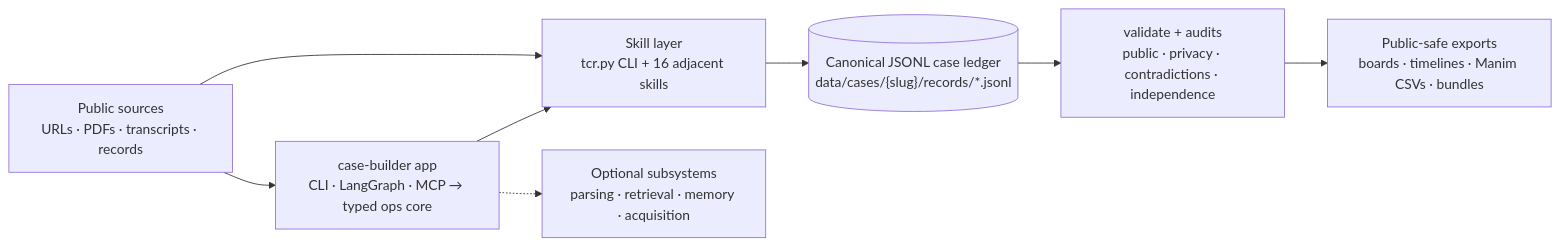
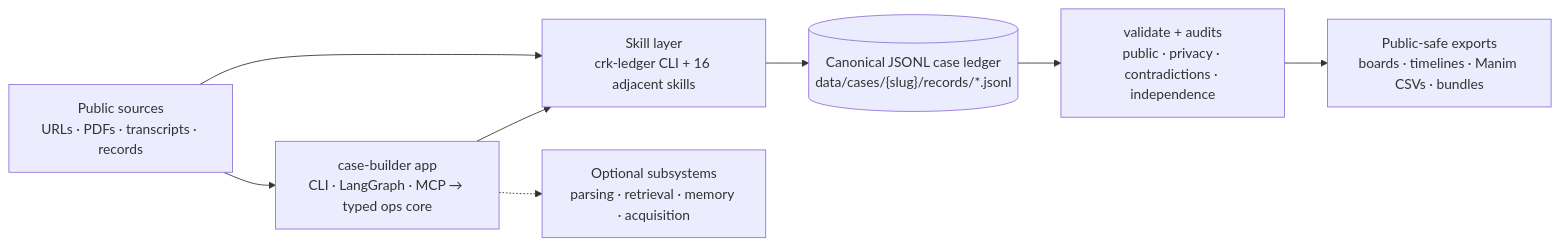
Before and after one commit to StonedAcademia/crime-research-kit: the second of 2 diagrams in README.md, drawn with Mermaid. The commit also changed other lines of this file and 101 other files, not shown here.

Commit message:
refactor(tcr): replace skill script with packaged ledger cli

````diff
--- a/README.md
+++ b/README.md
@@ -102,10 +102,10 @@
 ```mermaid
 flowchart LR
-  SRC["Public sources<br/>URLs · PDFs · transcripts · records"] --> TCR["Skill layer<br/>tcr.py CLI + 16 adjacent skills"]
+  SRC["Public sources<br/>URLs · PDFs · transcripts · records"] --> TCR["Skill layer<br/>crk-ledger CLI + 16 adjacent skills"]
   SRC --> APP["case-builder app<br/>CLI · LangGraph · MCP → typed ops core"]
   APP -.-> OPT["Optional subsystems<br/>parsing · retrieval · memory · acquisition"]
   APP --> TCR
   TCR --> LED[("Canonical JSONL case ledger<br/>data/cases/{slug}/records/*.jsonl")]
   LED --> AUD["validate + audits<br/>public · privacy · contradictions · independence"]
   AUD --> EXP["Public-safe exports<br/>boards · timelines · Manim CSVs · bundles"]
 ```
````
